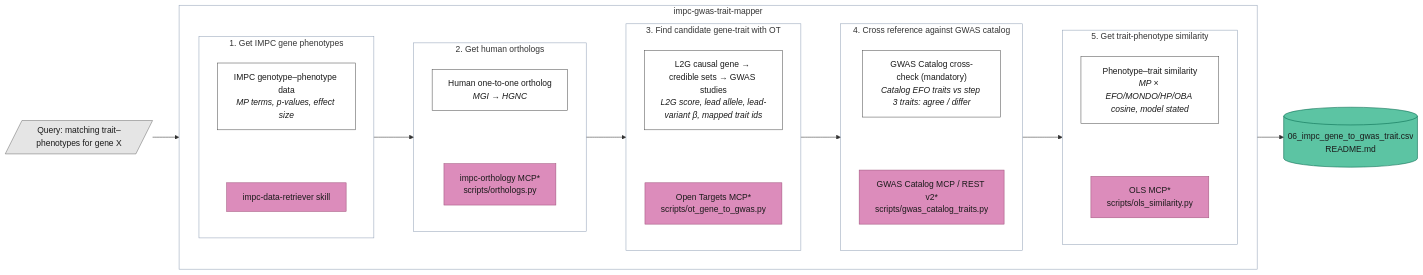
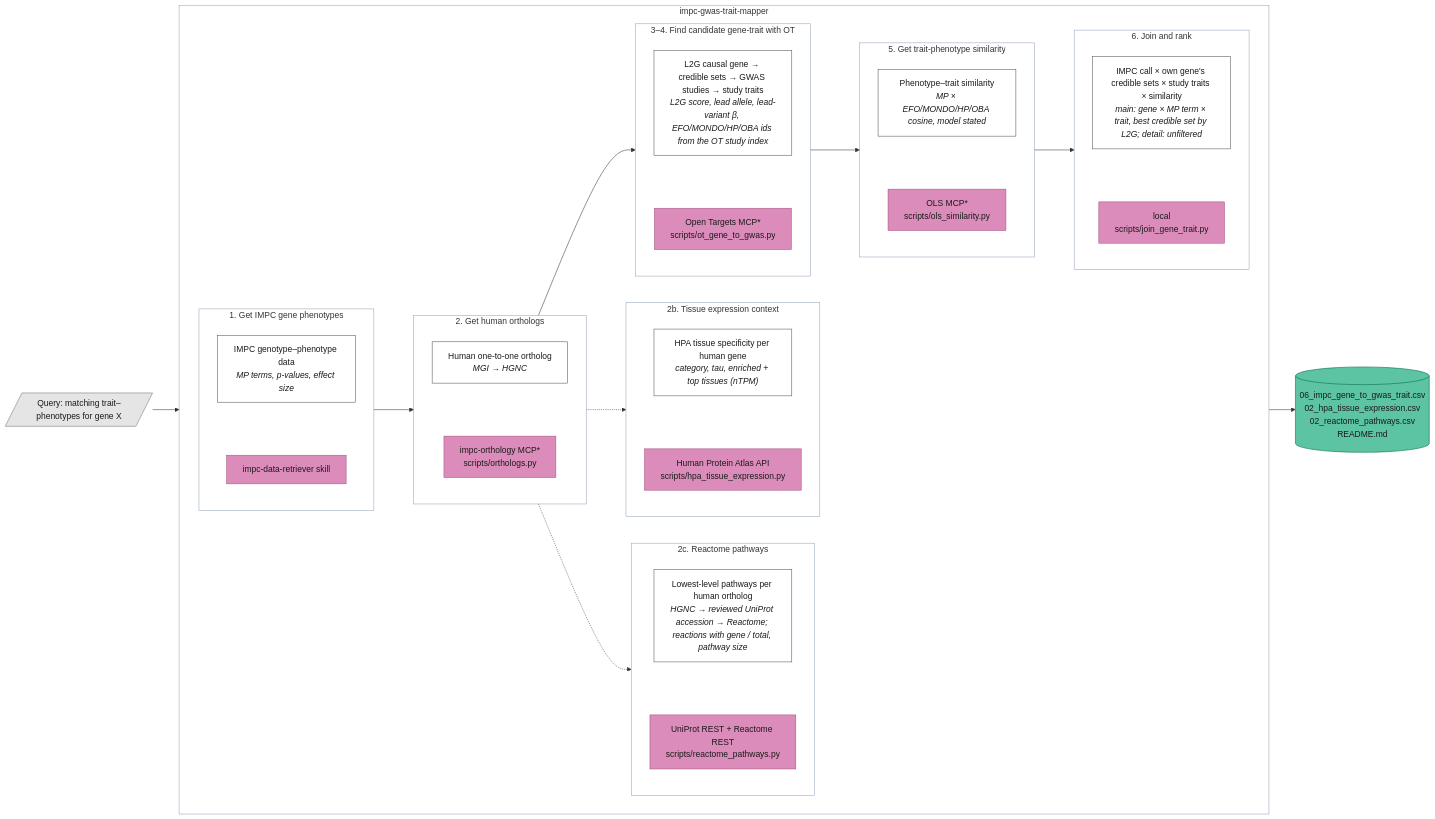
The first of 2 diagrams in impc-gwas-trait-mapper-architecture.md (mpi2/impc-api-skills), drawn with Mermaid before and after one commit. The commit also changed other lines of this file and 3 other files, not shown here.

First line of the commit message:
feat: add HPA tissue expression context

````diff
--- a/impc-gwas-trait-mapper-architecture.md
+++ b/impc-gwas-trait-mapper-architecture.md
@@ -3,55 +3,69 @@
 ```mermaid
 flowchart LR
     Q[/"Query: matching trait–phenotypes for gene X"/]
 
     subgraph Skill["impc-gwas-trait-mapper"]
         direction LR
         subgraph P1["1. Get IMPC gene phenotypes"]
             direction TB
             S1["IMPC genotype–phenotype data<br/><i>MP terms, p-values, effect size</i>"]
             R1[impc-data-retriever skill]
             S1 ~~~ R1
         end
         subgraph P2["2. Get human orthologs"]
             direction TB
             S2["Human one-to-one ortholog<br/><i>MGI → HGNC</i>"]
             R2["impc-orthology MCP*<br/>scripts/orthologs.py"]
             S2 ~~~ R2
         end
-        subgraph P3["3. Find candidate gene-trait with OT"]
+        subgraph P2b["2b. Tissue expression context"]
             direction TB
-            S3["L2G causal gene → credible sets → GWAS studies<br/><i>L2G score, lead allele, lead-variant β, mapped trait ids</i>"]
+            S2b["HPA tissue specificity per human gene<br/><i>category, tau, enriched + top tissues (nTPM)</i>"]
+            R2b["Human Protein Atlas API<br/>scripts/hpa_tissue_expression.py"]
+            S2b ~~~ R2b
+        end
+        subgraph P2c["2c. Reactome pathways"]
+            direction TB
+            S2c["Lowest-level pathways per human ortholog<br/><i>HGNC → reviewed UniProt accession → Reactome; reactions with gene / total, pathway size</i>"]
+            R2c["UniProt REST + Reactome REST<br/>scripts/reactome_pathways.py"]
+            S2c ~~~ R2c
+        end
+        subgraph P3["3–4. Find candidate gene-trait with OT"]
+            direction TB
+            S3["L2G causal gene → credible sets → GWAS studies → study traits<br/><i>L2G score, lead allele, lead-variant β, EFO/MONDO/HP/OBA ids from the OT study index</i>"]
             R3["Open Targets MCP*<br/>scripts/ot_gene_to_gwas.py"]
             S3 ~~~ R3
-        end
-        subgraph P4["4. Cross reference against GWAS catalog"]
-            direction TB
-            S4["GWAS Catalog cross-check (mandatory)<br/><i>Catalog EFO traits vs step 3 traits: agree / differ</i>"]
-            R4["GWAS Catalog MCP / REST v2*<br/>scripts/gwas_catalog_traits.py"]
-            S4 ~~~ R4
         end
         subgraph P5["5. Get trait-phenotype similarity"]
             direction TB
             S5["Phenotype–trait similarity<br/><i>MP × EFO/MONDO/HP/OBA cosine, model stated</i>"]
             R5["OLS MCP*<br/>scripts/ols_similarity.py"]
             S5 ~~~ R5
         end
-        P1 --> P2 --> P3 --> P4 --> P5
+        subgraph P6["6. Join and rank"]
+            direction TB
+            S6["IMPC call × own gene's credible sets × study traits × similarity<br/><i>main: gene × MP term × trait, best credible set by L2G; detail: unfiltered</i>"]
+            R6["local<br/>scripts/join_gene_trait.py"]
+            S6 ~~~ R6
+        end
+        P1 --> P2 --> P3 --> P5 --> P6
+        P2 -.-> P2b
+        P2 -.-> P2c
     end
 
-    OUT[("06_impc_gene_to_gwas_trait.csv<br/>README.md")]
+    OUT[("06_impc_gene_to_gwas_trait.csv<br/>02_hpa_tissue_expression.csv<br/>02_reactome_pathways.csv<br/>README.md")]
 
     Q --> Skill --> OUT
 
     classDef source fill:#dc8cbb,stroke:#a0527c,color:#1a1a1a
     classDef skill fill:#8ecdf0,stroke:#0072b2,color:#1a1a1a
     classDef step fill:#ffffff,stroke:#525252,color:#1a1a1a
     classDef output fill:#5cc4a3,stroke:#00664a,color:#1a1a1a
     classDef input fill:#e5e5e5,stroke:#737373,color:#1a1a1a
     classDef group fill:none,stroke:#94a3b8
     class Q input
-    class S1,S2,S3,S4,S5 step
-    class R1,R2,R3,R4,R5 source
+    class S1,S2,S2b,S2c,S3,S5,S6 step
+    class R1,R2,R2b,R2c,R3,R5,R6 source
     class OUT output
-    class Skill,P1,P2,P3,P4,P5 group
+    class Skill,P1,P2,P2b,P2c,P3,P5,P6 group
 ```
````
